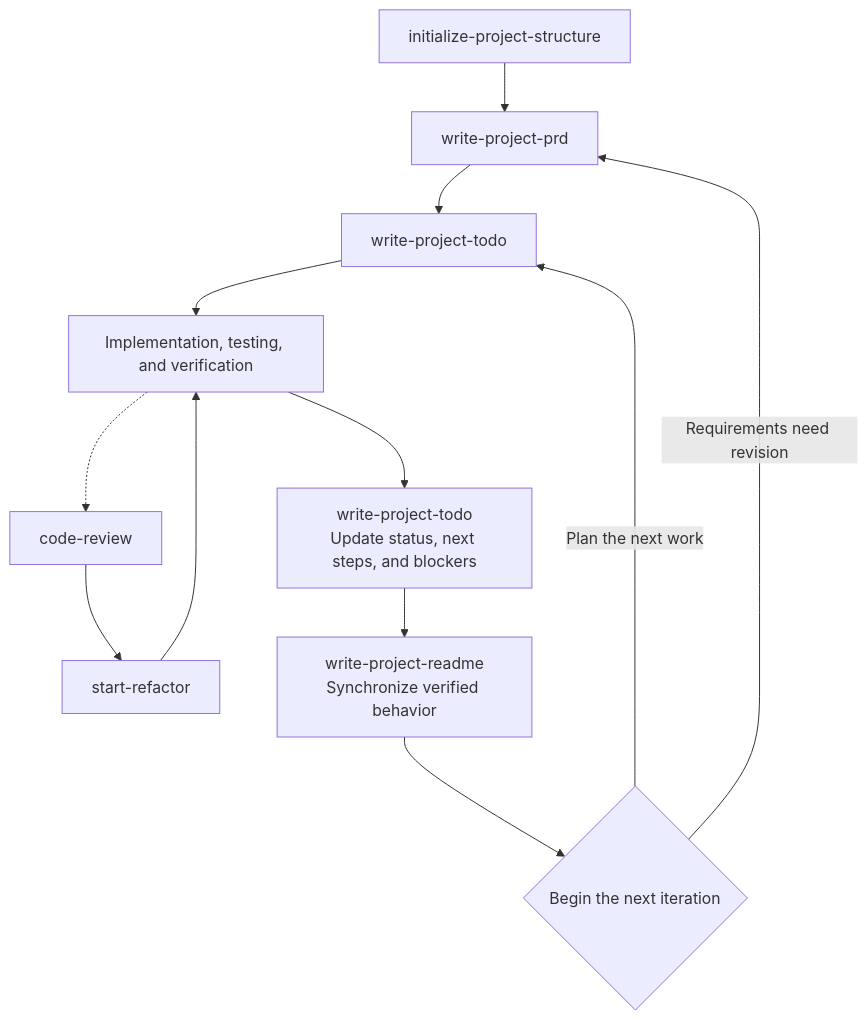
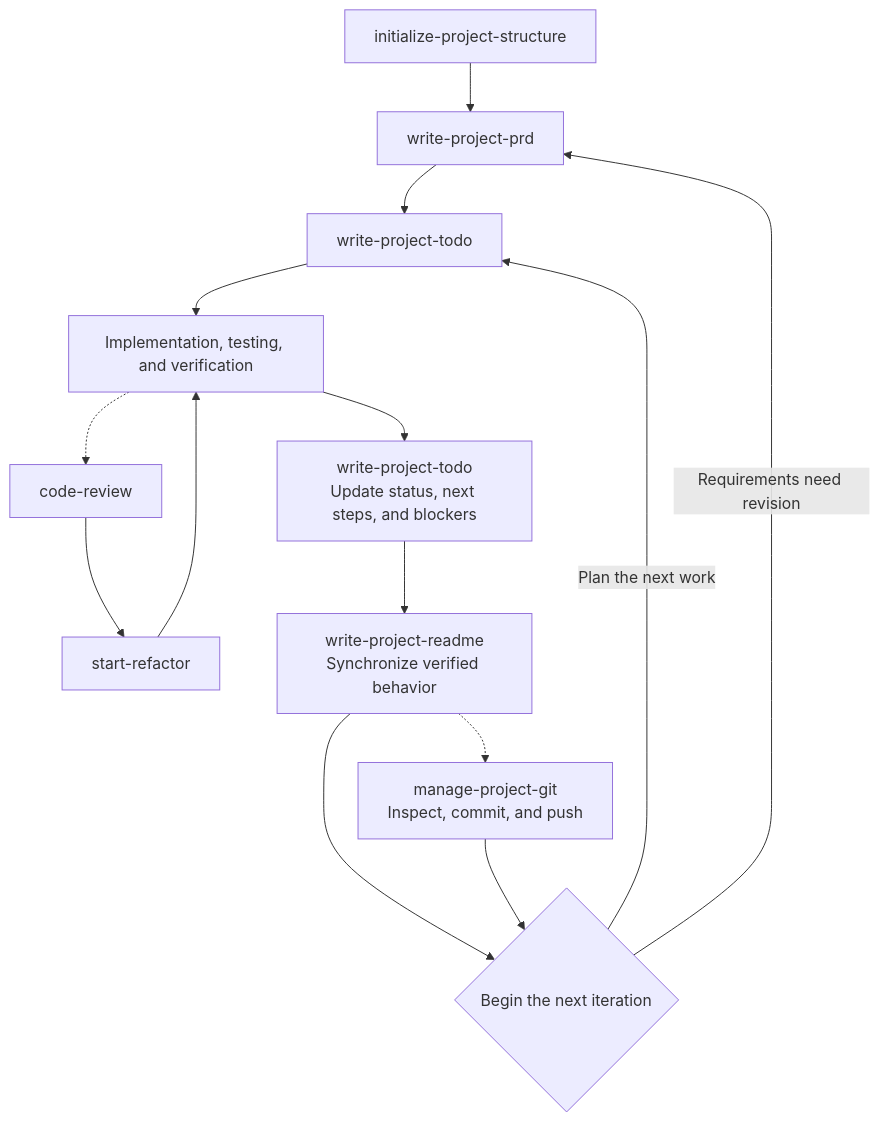
Before and after one commit to douobb/MySkills: the diagram in README.en.md, drawn with Mermaid. The commit also changed other lines of this file and 4 other files, not shown here.

````diff
--- a/README.en.md
+++ b/README.en.md
@@ -26,17 +27,19 @@
 ```mermaid
 flowchart TD
     INIT["initialize-project-structure"] --> PRD["write-project-prd"]
     PRD --> TODO["write-project-todo"]
     TODO --> BUILD["Implementation, testing, and verification"]
 
     BUILD -.-> REVIEW["code-review"]
     REVIEW --> REFACTOR["start-refactor"]
     REFACTOR --> BUILD
 
     BUILD --> TODO_SYNC["write-project-todo<br/>Update status, next steps, and blockers"]
     TODO_SYNC --> README_SYNC["write-project-readme<br/>Synchronize verified behavior"]
     README_SYNC --> NEXT{"Begin the next iteration"}
+    README_SYNC -.-> GIT["manage-project-git<br/>Inspect, commit, and push"]
+    GIT --> NEXT
 
     NEXT -->|"Plan the next work"| TODO
     NEXT -->|"Requirements need revision"| PRD
 ```
````
